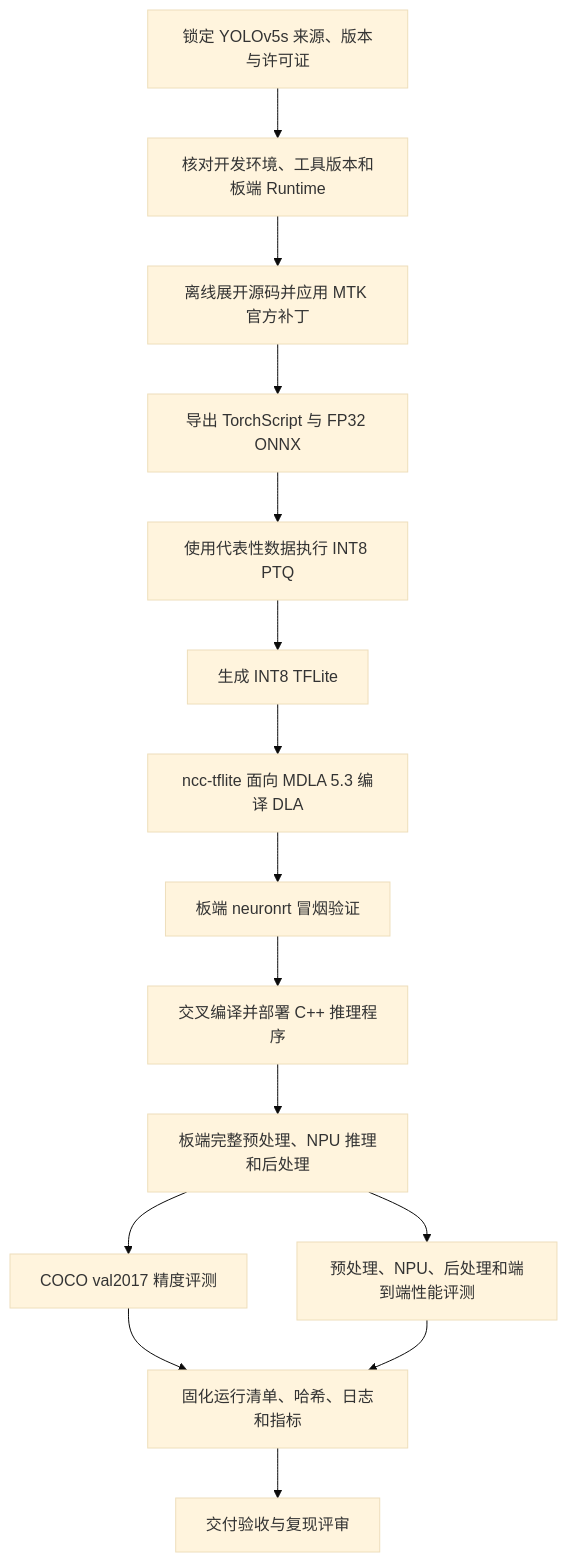
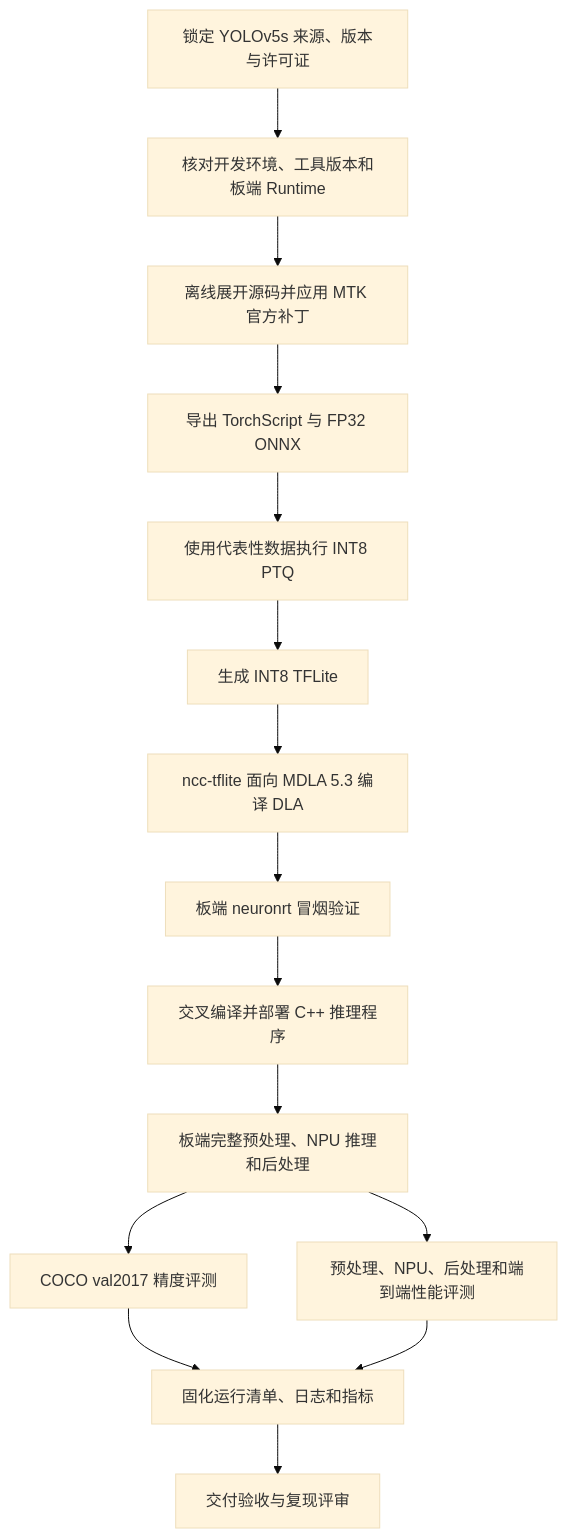
One commit to hhlqwq/mtk_models changed the diagram in docs_study/Genio720_MT8189部署YOLOv5s总览.md. Above: the diagram before and after it, drawn with Mermaid (base theme). The commit also changed other lines of this file and 286 other files, not shown here.

````diff
--- a/docs_study/Genio720_MT8189部署YOLOv5s总览.md
+++ b/docs_study/Genio720_MT8189部署YOLOv5s总览.md
@@ -34,17 +34,17 @@
 ```mermaid
 flowchart TD
     A[锁定 YOLOv5s 来源、版本与许可证] --> B[核对开发环境、工具版本和板端 Runtime]
     B --> C[离线展开源码并应用 MTK 官方补丁]
     C --> D[导出 TorchScript 与 FP32 ONNX]
     D --> E[使用代表性数据执行 INT8 PTQ]
     E --> F[生成 INT8 TFLite]
     F --> G[ncc-tflite 面向 MDLA 5.3 编译 DLA]
     G --> H[板端 neuronrt 冒烟验证]
     H --> I[交叉编译并部署 C++ 推理程序]
     I --> J[板端完整预处理、NPU 推理和后处理]
     J --> K[COCO val2017 精度评测]
     J --> L[预处理、NPU、后处理和端到端性能评测]
-    K --> M[固化运行清单、哈希、日志和指标]
+    K --> M[固化运行清单、日志和指标]
     L --> M
     M --> N[交付验收与复现评审]
 ```
````
